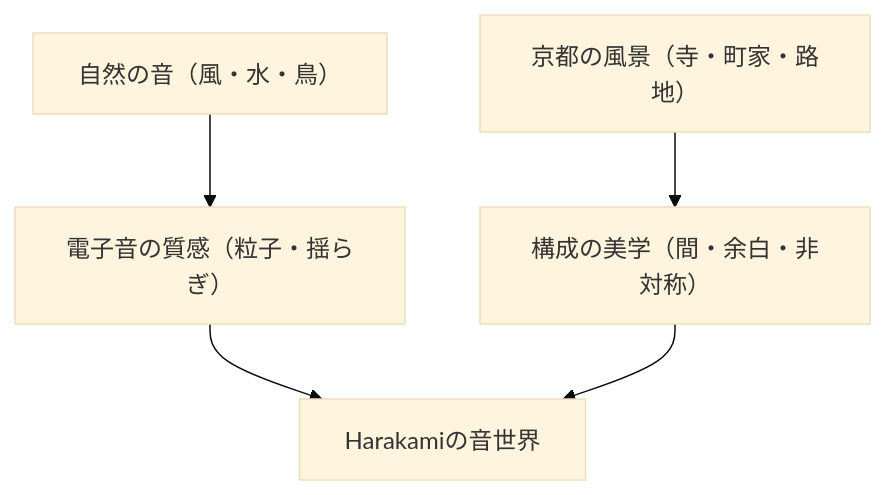
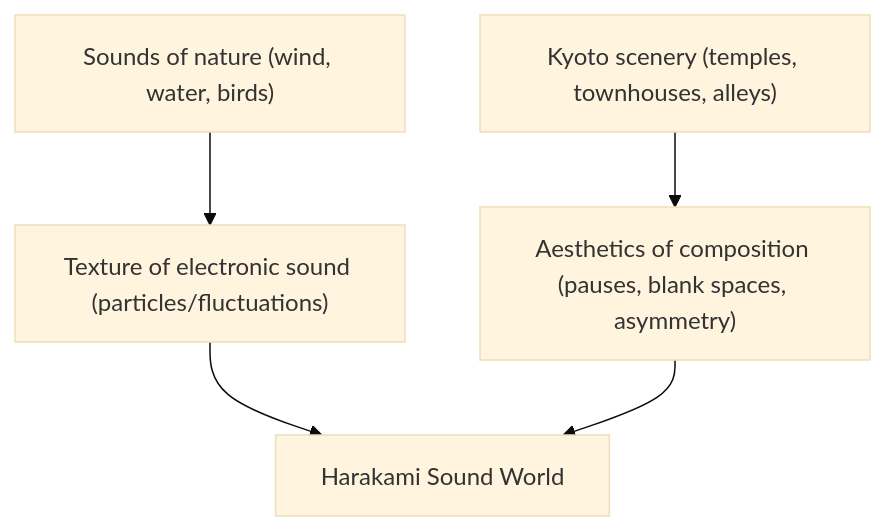
Before and after one commit to monumental-movement/monumental-movement.github.io: the second of 2 diagrams in en/_posts/2025-10-30-column-rei-harakami.md, drawn with Mermaid (base theme). The commit also changed 152 other files, not shown here.

```diff
--- a/en/_posts/2025-10-30-column-rei-harakami.md
+++ b/en/_posts/2025-10-30-column-rei-harakami.md
@@ -166,9 +166,9 @@
 <div class="mermaid">
 
 graph TD
-    A["自然の音（風・水・鳥）"] --> B["電子音の質感（粒子・揺らぎ）"]
-    C["京都の風景（寺・町家・路地）"] --> D["構成の美学（間・余白・非対称）"]
-    B --> E["Harakamiの音世界"]
+    A["Sounds of nature (wind, water, birds)"] --> B["Texture of electronic sound (particles/fluctuations)"]
+    C["Kyoto scenery (temples, townhouses, alleys)"] --> D["Aesthetics of composition (pauses, blank spaces, asymmetry)"]
+    B --> E["Harakami Sound World"]
     D --> E
     
 </div>
```
